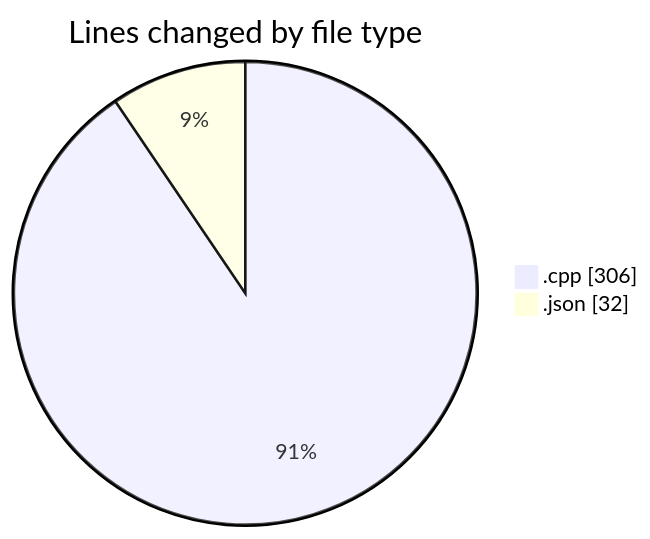
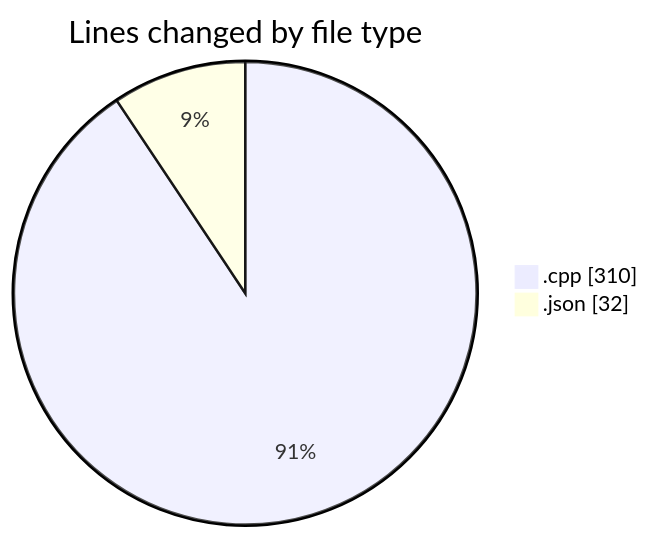
Before and after one commit to Netris89/code-tracking: the first of 2 diagrams in 2025-04-23/echo/README.md, drawn with Mermaid. The commit also changed other lines of this file and 1 other file, not shown here.

````diff
--- a/2025-04-23/echo/README.md
+++ b/2025-04-23/echo/README.md
@@ -21,6 +21,6 @@
 ```mermaid
 pie showData
 title Lines changed by file type
-".cpp" : 306
+".cpp" : 310
 ".json" : 32
 ```
````
